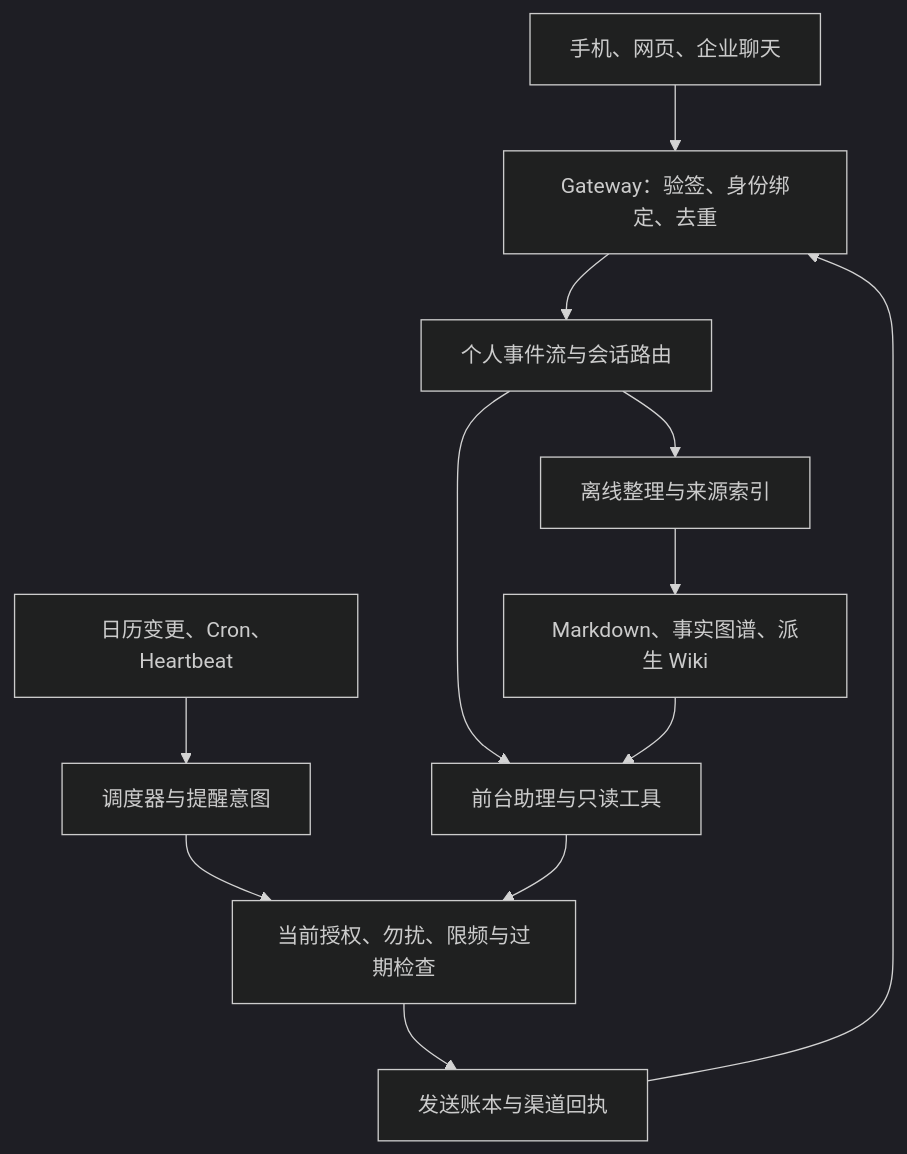
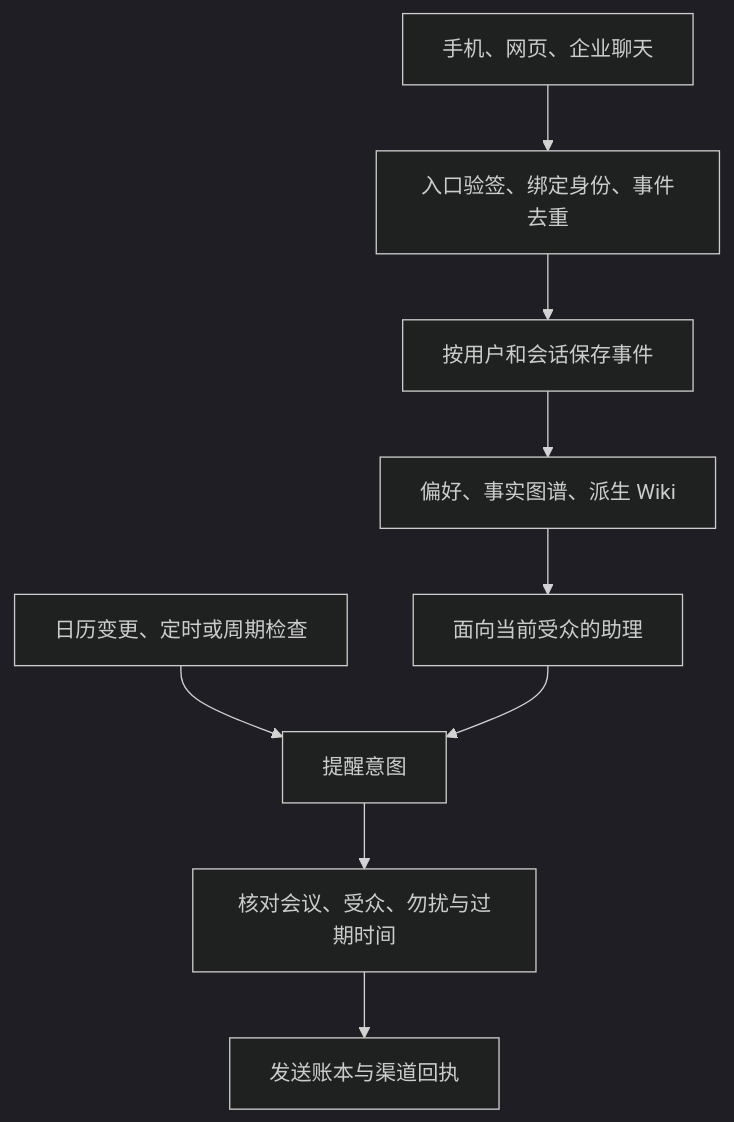
The third of 6 diagrams in 10-frontier-trends-2026-and-interview-playbook/02-interview-system-design-playbook.md (echonoshy/agent-engineering-handbook), drawn with Mermaid (dark theme) before and after one commit. The commit also changed other lines of this file and 21 other files, not shown here.

````diff
--- a/10-frontier-trends-2026-and-interview-playbook/02-interview-system-design-playbook.md
+++ b/10-frontier-trends-2026-and-interview-playbook/02-interview-system-design-playbook.md
@@ -82,14 +98,11 @@
 ```mermaid
 flowchart TD
-    A["手机、网页、企业聊天"] --> B["Gateway：验签、身份绑定、去重"]
-    B --> C["个人事件流与会话路由"]
-    C --> D["前台助理与只读工具"]
-    C --> E["离线整理与来源索引"]
-    E --> F["Markdown、事实图谱、派生 Wiki"]
-    F --> D
-    G["日历变更、Cron、Heartbeat"] --> H["调度器与提醒意图"]
-    H --> I["当前授权、勿扰、限频与过期检查"]
-    D --> I
-    I --> J["发送账本与渠道回执"]
-    J --> B
+    A["手机、网页、企业聊天"] --> B["入口验签、绑定身份、事件去重"]
+    B --> C["按用户和会话保存事件"]
+    C --> M["偏好、事实图谱、派生 Wiki"]
+    M --> F["面向当前受众的助理"]
+    D["日历变更、定时或周期检查"] --> R["提醒意图"]
+    F --> R
+    R --> P["核对会议、受众、勿扰与过期时间"]
+    P --> L["发送账本与渠道回执"]
 ```
````
